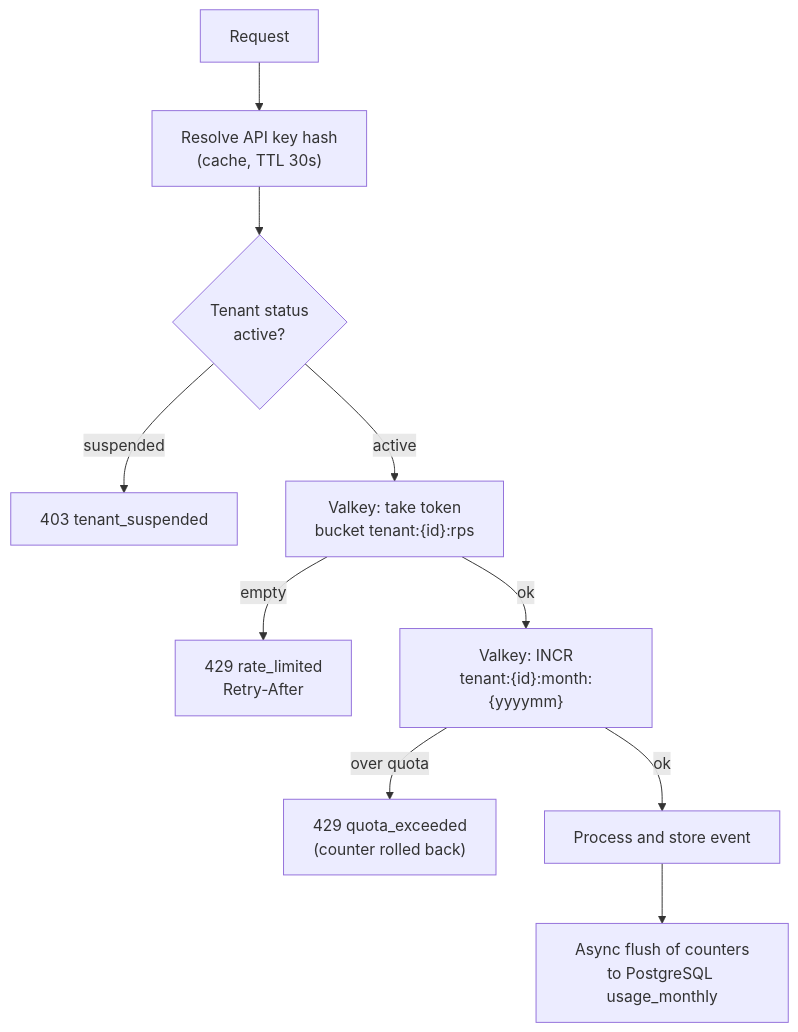
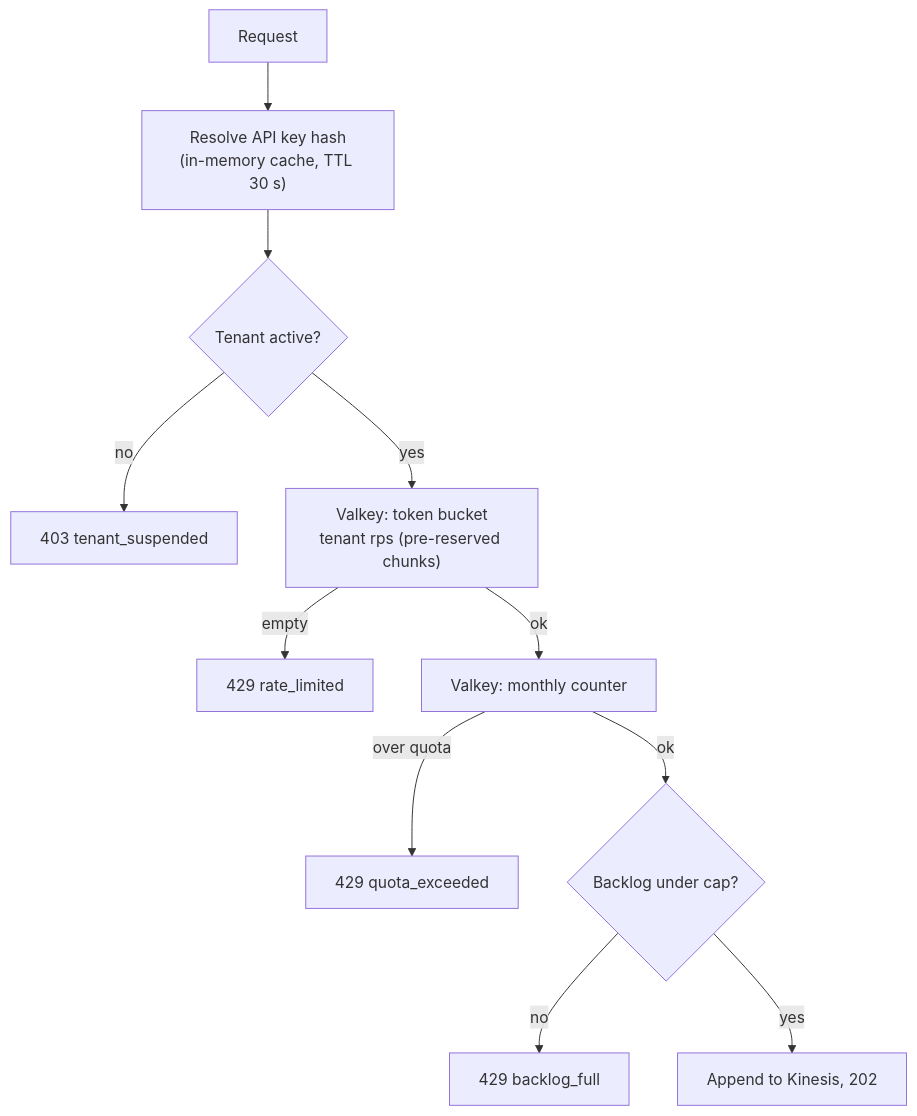
The diagram in docs/tenancy-and-limits.md (twobudgies/WebhookGateway), drawn with Mermaid before and after one commit. The commit also changed other lines of this file and 6 other files, not shown here.

Commit message:
docs: architecture v3 (30k events/s, pacing, connection limits), data plane, portal

````diff
--- a/docs/tenancy-and-limits.md
+++ b/docs/tenancy-and-limits.md
@@ -31,12 +48,13 @@
 ```mermaid
 flowchart TD
-  R["Request"] --> A["Resolve API key hash<br/>(cache, TTL 30s)"]
-  A --> T{"Tenant status<br/>active?"}
-  T -- "suspended" --> F1["403 tenant_suspended"]
-  T -- "active" --> B["Valkey: take token<br/>bucket tenant:{id}:rps"]
-  B -- "empty" --> F2["429 rate_limited<br/>Retry-After"]
-  B -- "ok" --> M["Valkey: INCR<br/>tenant:{id}:month:{yyyymm}"]
-  M -- "over quota" --> F3["429 quota_exceeded<br/>(counter rolled back)"]
-  M -- "ok" --> P["Process and store event"]
-  P --> U["Async flush of counters<br/>to PostgreSQL usage_monthly"]
+  R["Request"] --> A["Resolve API key hash<br/>(in-memory cache, TTL 30 s)"]
+  A --> T{"Tenant active?"}
+  T -- "no" --> F1["403 tenant_suspended"]
+  T -- "yes" --> B["Valkey: token bucket<br/>tenant rps (pre-reserved chunks)"]
+  B -- "empty" --> F2["429 rate_limited"]
+  B -- "ok" --> M["Valkey: monthly counter"]
+  M -- "over quota" --> F3["429 quota_exceeded"]
+  M -- "ok" --> G{"Backlog under cap?"}
+  G -- "no" --> F4["429 backlog_full"]
+  G -- "yes" --> P["Append to Kinesis, 202"]
 ```
````
